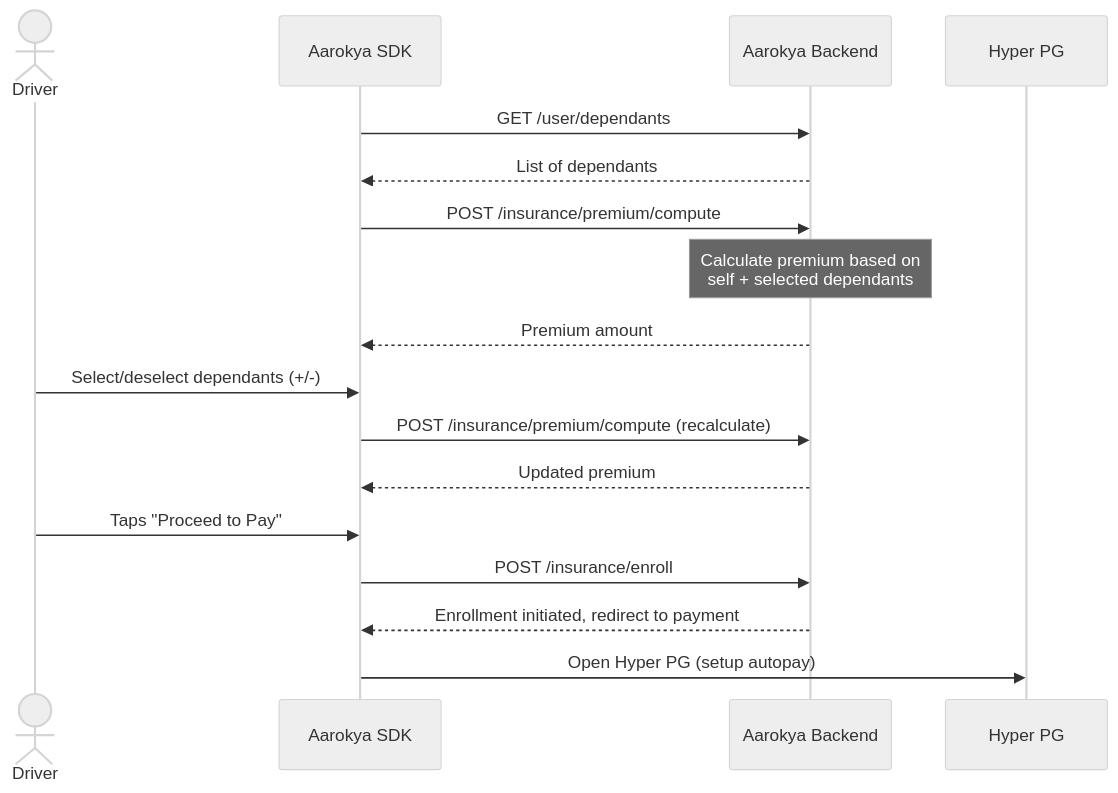
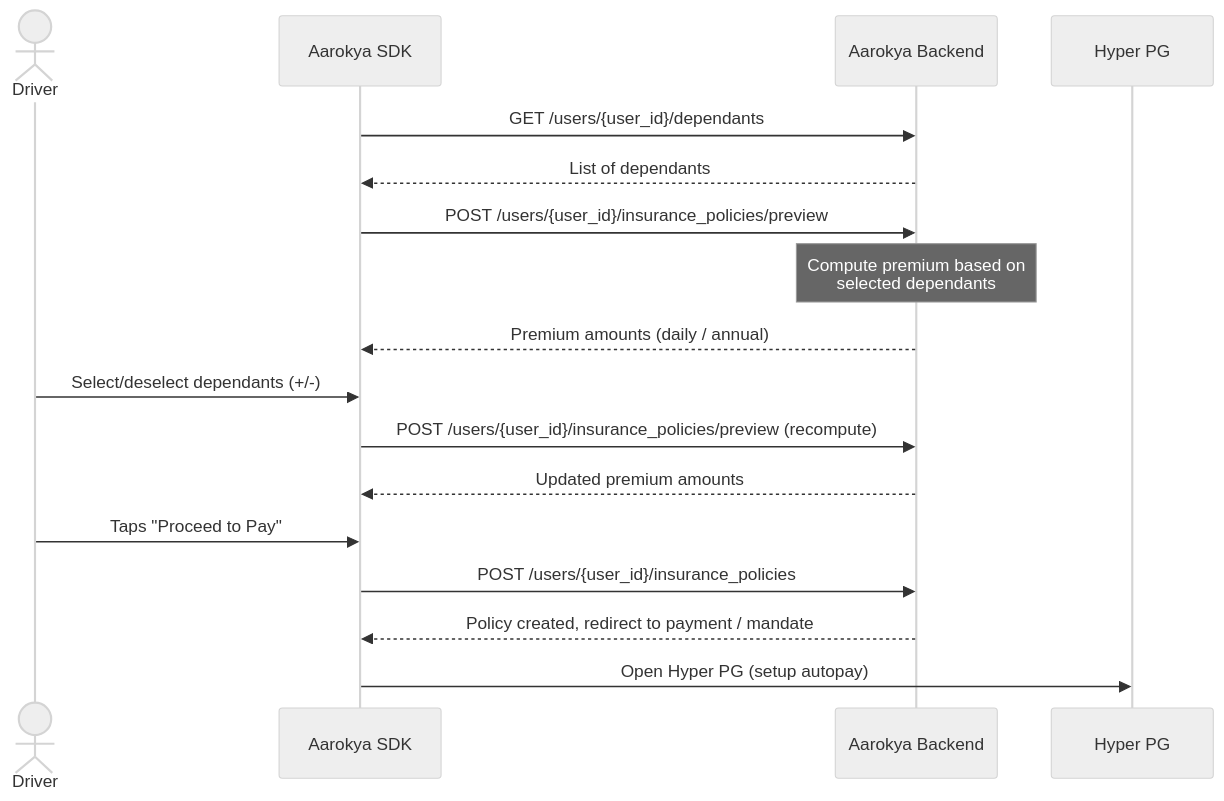
Before and after one commit to anu19981/aarokya-backend: the sixth of 11 diagrams in api-reference/architecture/screen-flows.mdx, drawn with Mermaid (neutral theme). The commit also changed other lines of this file and 82 other files, not shown here.

Commit message:
sync: update api-reference from aarokya-agentic-app

````diff
--- a/api-reference/architecture/screen-flows.mdx
+++ b/api-reference/architecture/screen-flows.mdx
@@ -174,20 +177,20 @@
 ```mermaid
 sequenceDiagram
     actor Driver
     participant App as Aarokya SDK
     participant API as Aarokya Backend
     participant PG as Hyper PG
 
-    App->>API: GET /user/dependants
+    App->>API: GET /users/{user_id}/dependants
     API-->>App: List of dependants
-    App->>API: POST /insurance/premium/compute
-    Note over API: Calculate premium based on<br/>self + selected dependants
-    API-->>App: Premium amount
+    App->>API: POST /users/{user_id}/insurance_policies/preview
+    Note over API: Compute premium based on<br/>selected dependants
+    API-->>App: Premium amounts (daily / annual)
     Driver->>App: Select/deselect dependants (+/-)
-    App->>API: POST /insurance/premium/compute (recalculate)
-    API-->>App: Updated premium
+    App->>API: POST /users/{user_id}/insurance_policies/preview (recompute)
+    API-->>App: Updated premium amounts
     Driver->>App: Taps "Proceed to Pay"
-    App->>API: POST /insurance/enroll
-    API-->>App: Enrollment initiated, redirect to payment
+    App->>API: POST /users/{user_id}/insurance_policies
+    API-->>App: Policy created, redirect to payment / mandate
     App->>PG: Open Hyper PG (setup autopay)
 ```
````
